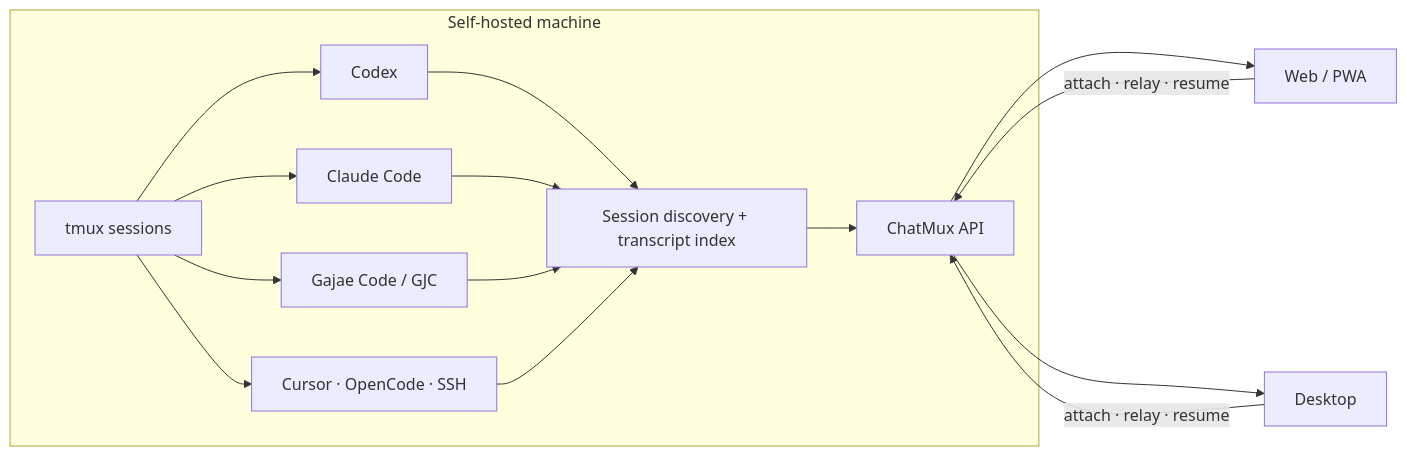
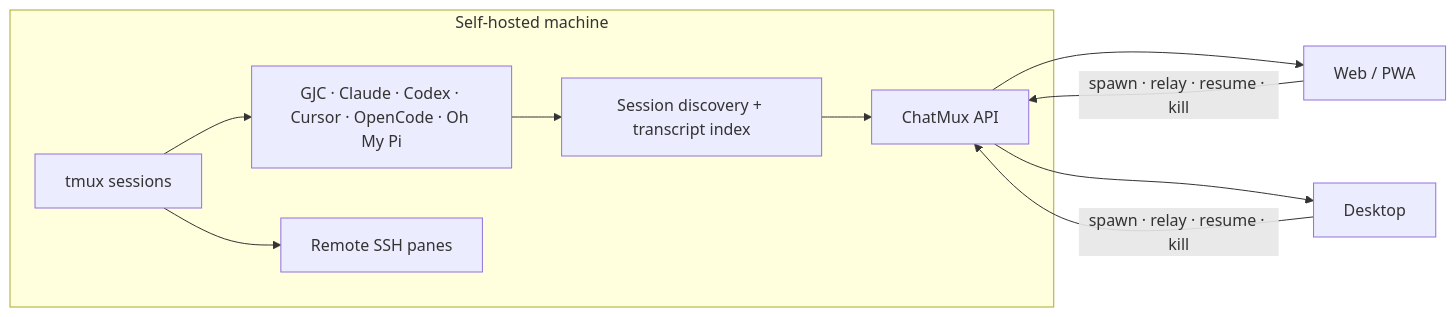
One commit to devswha/chatmux changed the diagram in README.md. Above: the diagram before and after it, drawn with Mermaid. The commit also changed other lines of this file and 62 other files, not shown here.

````diff
--- a/README.md
+++ b/README.md
@@ -38,27 +38,20 @@
 ```mermaid
 flowchart LR
   subgraph Host[Self-hosted machine]
     TMUX[tmux sessions]
-    CODEX[Codex]
-    CLAUDE[Claude Code]
-    GJC[Gajae Code / GJC]
-    OTHER[Cursor · OpenCode · SSH]
+    AGENTS[GJC · Claude · Codex · Cursor · OpenCode · Oh My Pi]
+    SSH[Remote SSH panes]
     INDEX[Session discovery + transcript index]
     API[ChatMux API]
 
-    TMUX --> CODEX
-    TMUX --> CLAUDE
-    TMUX --> GJC
-    TMUX --> OTHER
-    CODEX --> INDEX
-    CLAUDE --> INDEX
-    GJC --> INDEX
-    OTHER --> INDEX
+    TMUX --> AGENTS
+    TMUX --> SSH
+    AGENTS --> INDEX
     INDEX --> API
   end
 
   API --> WEB[Web / PWA]
   API --> DESKTOP[Desktop]
-  WEB -->|attach · relay · resume| API
-  DESKTOP -->|attach · relay · resume| API
+  WEB -->|spawn · relay · resume · kill| API
+  DESKTOP -->|spawn · relay · resume · kill| API
 ```
````
